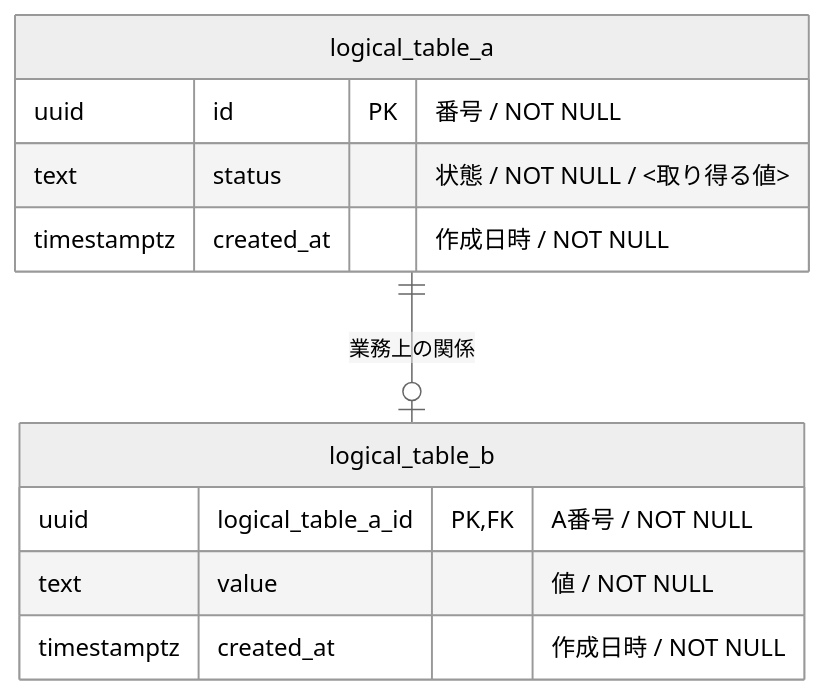
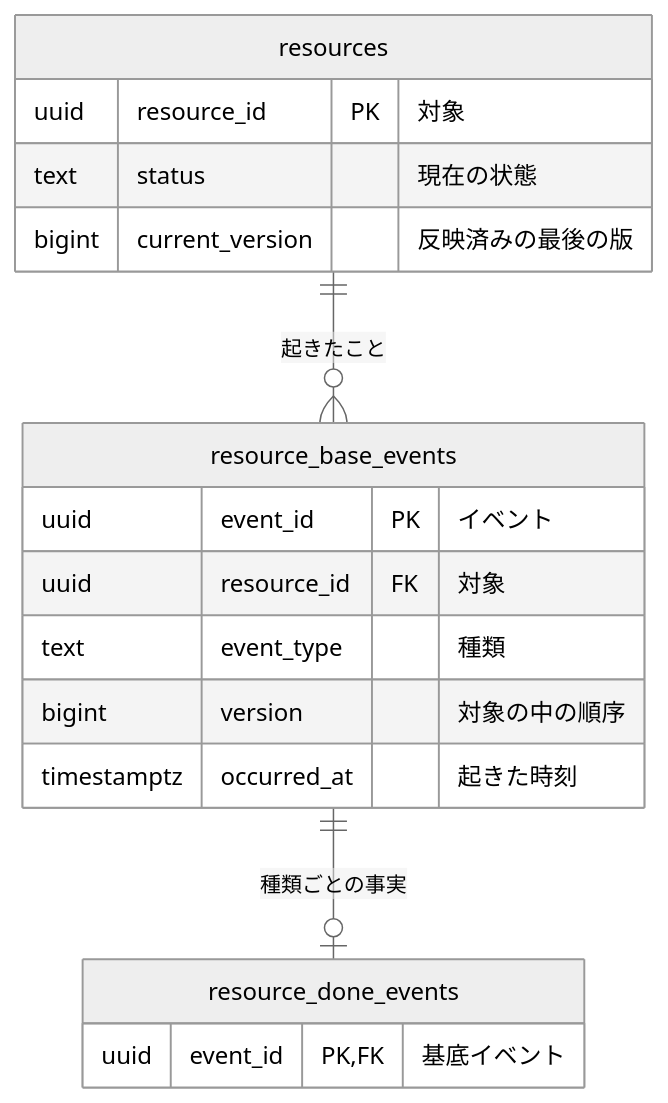
The diagram in plugins/write-doc/skills/write-doc/assets/templates/rdb-logical-data-modeling.md (nakamori-naoya/write-doc-plugins), drawn with Mermaid (neutral theme) before and after one commit. The commit also changed other lines of this file and 3 other files, not shown here.

First line of the commit message:
feat(rdb-logical, rdb-physical): データモデルの型を具体的な行で議論する形にし、見本を図書館の貸出にする

````diff
--- a/plugins/write-doc/skills/write-doc/assets/templates/rdb-logical-data-modeling.md
+++ b/plugins/write-doc/skills/write-doc/assets/templates/rdb-logical-data-modeling.md
@@ -65,14 +38,20 @@
 ```mermaid
 erDiagram
-    logical_table_a {
-        uuid id PK "番号 / NOT NULL"
-        text status "状態 / NOT NULL / <取り得る値>"
-        timestamptz created_at "作成日時 / NOT NULL"
+    resources {
+        uuid resource_id PK "対象"
+        text status "現在の状態"
+        bigint current_version "反映済みの最後の版"
     }
-    logical_table_b {
-        uuid logical_table_a_id PK, FK "A番号 / NOT NULL"
-        text value "値 / NOT NULL"
-        timestamptz created_at "作成日時 / NOT NULL"
+    resource_base_events {
+        uuid event_id PK "イベント"
+        uuid resource_id FK "対象"
+        text event_type "種類"
+        bigint version "対象の中の順序"
+        timestamptz occurred_at "起きた時刻"
     }
-    logical_table_a ||--o| logical_table_b : "業務上の関係"
+    resource_done_events {
+        uuid event_id PK, FK "基底イベント"
+    }
+    resources ||--o{ resource_base_events : "起きたこと"
+    resource_base_events ||--o| resource_done_events : "種類ごとの事実"
 ```
````
